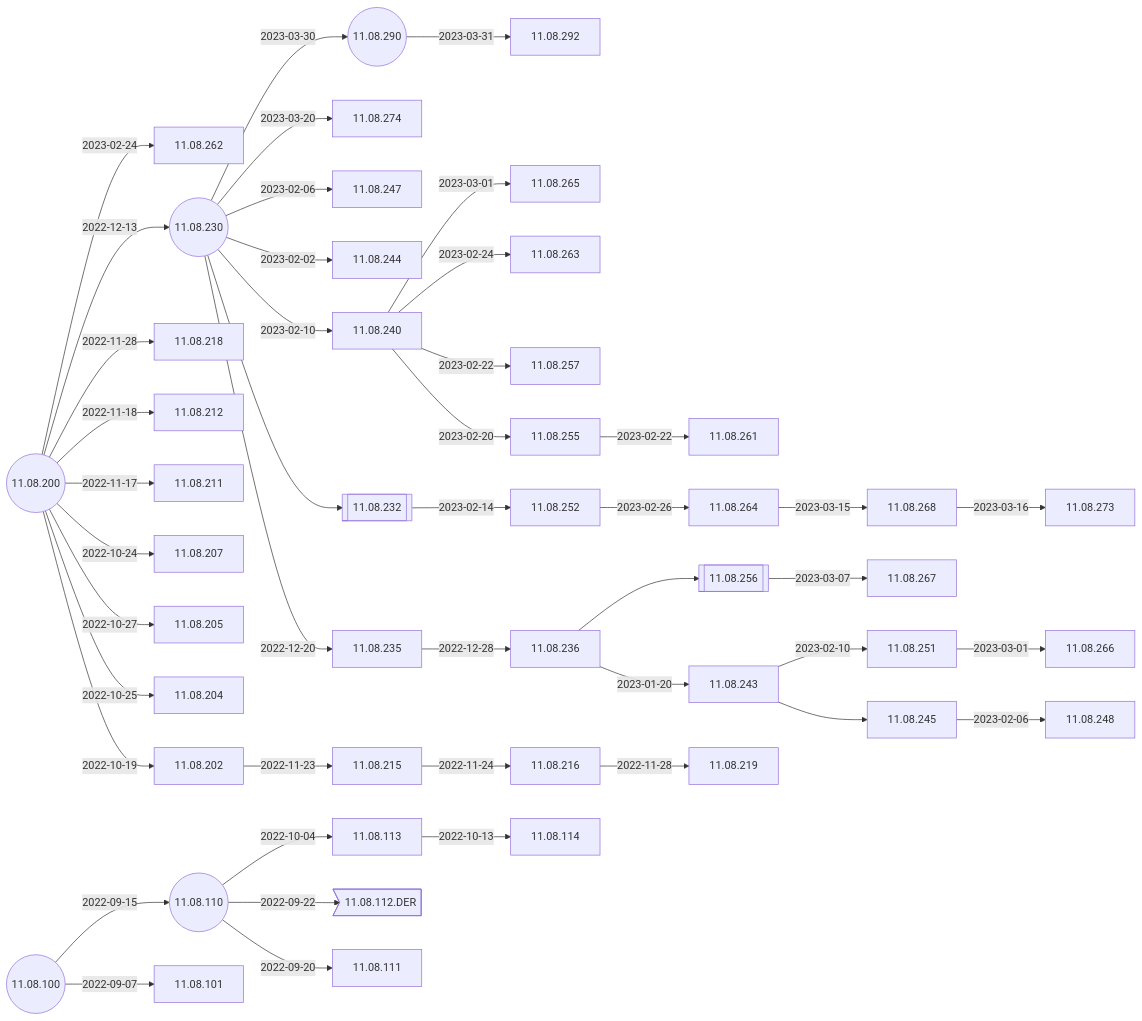
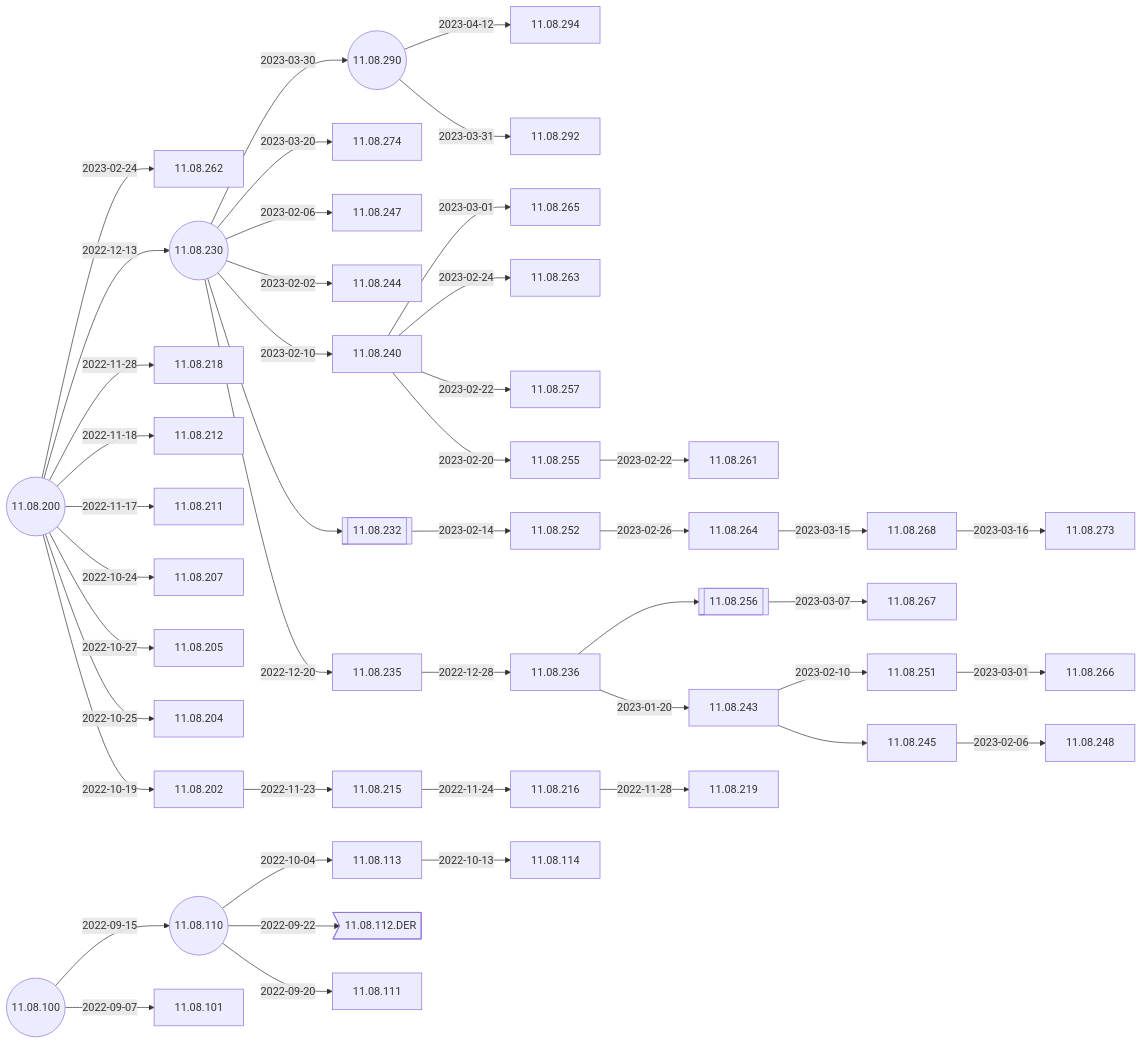
Before and after one commit to IGEL-Community/IGEL-Docs-v02: the second of 4 diagrams in docs/Docs/ReleaseNotes/01-OS11/README.md, drawn with Mermaid. The commit also changed 2 other files, not shown here.

Commit message:
11.08.294 <- 11.08.290

````diff
--- a/docs/Docs/ReleaseNotes/01-OS11/README.md
+++ b/docs/Docs/ReleaseNotes/01-OS11/README.md
@@ -39,65 +39,68 @@
 ```mermaid
 flowchart LR
+    11.08.290-- 2023-04-12 -->11.08.294
     11.08.290-- 2023-03-31 -->11.08.292
     11.08.230-- 2023-03-30 -->11.08.290((11.08.290))
     11.08.230-- 2023-03-20 -->11.08.274
     11.08.236-->11.08.256[[11.08.256]]-- 2023-03-07 -->11.08.267
     11.08.240-- 2023-03-01 -->11.08.265 
     11.08.252-- 2023-02-26 -->11.08.264-- 2023-03-15 -->11.08.268-- 2023-03-16 -->11.08.273
     11.08.200-- 2023-02-24 -->11.08.262
     11.08.243-- 2023-02-10 -->11.08.251-- 2023-03-01 -->11.08.266
     11.08.230-- 2023-02-06 -->11.08.247
     11.08.230-- 2023-02-02 -->11.08.244
     11.08.240-- 2023-02-24 -->11.08.263
     11.08.240-- 2023-02-22 -->11.08.257
     11.08.240-- 2023-02-20 -->11.08.255-- 2023-02-22 -->11.08.261
     11.08.230-- 2023-02-10 -->11.08.240
     11.08.230((11.08.230))-->11.08.232[[11.08.232]]-- 2023-02-14 -->11.08.252
     11.08.200-- 2022-12-13 -->11.08.230-- 2022-12-20 -->11.08.235-- 2022-12-28 -->11.08.236-- 2023-01-20 -->11.08.243-->11.08.245-- 2023-02-06 -->11.08.248
     11.08.200-- 2022-11-28 -->11.08.218
     11.08.200-- 2022-11-18 -->11.08.212
     11.08.200-- 2022-11-17 -->11.08.211
     11.08.200-- 2022-10-24 -->11.08.207
     11.08.200-- 2022-10-27 -->11.08.205
     11.08.200-- 2022-10-25 -->11.08.204
     11.08.200((11.08.200))-- 2022-10-19 -->11.08.202-- 2022-11-23 -->11.08.215-- 2022-11-24 -->11.08.216-- 2022-11-28 -->11.08.219
     11.08.110-- 2022-10-04 -->11.08.113-- 2022-10-13 -->11.08.114
     11.08.110((11.08.110))-- 2022-09-22 -->11.08.112.DER>11.08.112.DER]
     11.08.100-- 2022-09-15 -->11.08.110-- 2022-09-20 -->11.08.111
     11.08.100((11.08.100))-- 2022-09-07 -->11.08.101
+    click 11.08.294 "https://github.com/IGEL-Community/IGEL-Docs-v02/tree/main/docs/Docs/ReleaseNotes/01-OS11/readme11.08.294.txt" _blank
+    click 11.08.292 "https://github.com/IGEL-Community/IGEL-Docs-v02/tree/main/docs/Docs/ReleaseNotes/01-OS11/readme11.08.292.txt" _blank
     click 11.08.292 "https://github.com/IGEL-Community/IGEL-Docs-v02/tree/main/docs/Docs/ReleaseNotes/01-OS11/readme11.08.292.txt" _blank
     click 11.08.290 "https://github.com/IGEL-Community/IGEL-Docs-v02/tree/main/docs/Docs/ReleaseNotes/01-OS11/readme11.08.290.txt" _blank
     click 11.08.274 "https://github.com/IGEL-Community/IGEL-Docs-v02/tree/main/docs/Docs/ReleaseNotes/01-OS11/readme11.08.274.txt" _blank
     click 11.08.273 "https://github.com/IGEL-Community/IGEL-Docs-v02/tree/main/docs/Docs/ReleaseNotes/01-OS11/readme11.08.273.txt" _blank
     click 11.08.268 "https://github.com/IGEL-Community/IGEL-Docs-v02/tree/main/docs/Docs/ReleaseNotes/01-OS11/readme11.08.268.txt" _blank
     click 11.08.267 "https://github.com/IGEL-Community/IGEL-Docs-v02/tree/main/docs/Docs/ReleaseNotes/01-OS11/readme11.08.267.txt" _blank
     click 11.08.266 "https://github.com/IGEL-Community/IGEL-Docs-v02/tree/main/docs/Docs/ReleaseNotes/01-OS11/readme11.08.266.txt" _blank
     click 11.08.265 "https://github.com/IGEL-Community/IGEL-Docs-v02/tree/main/docs/Docs/ReleaseNotes/01-OS11/readme11.08.265.txt" _blank
     click 11.08.264 "https://github.com/IGEL-Community/IGEL-Docs-v02/tree/main/docs/Docs/ReleaseNotes/01-OS11/readme11.08.264.txt" _blank
     click 11.08.263 "https://github.com/IGEL-Community/IGEL-Docs-v02/tree/main/docs/Docs/ReleaseNotes/01-OS11/readme11.08.263.txt" _blank
     click 11.08.262 "https://github.com/IGEL-Community/IGEL-Docs-v02/tree/main/docs/Docs/ReleaseNotes/01-OS11/readme11.08.262.txt" _blank
     click 11.08.261 "https://github.com/IGEL-Community/IGEL-Docs-v02/tree/main/docs/Docs/ReleaseNotes/01-OS11/readme11.08.261.txt" _blank
     click 11.08.257 "https://github.com/IGEL-Community/IGEL-Docs-v02/tree/main/docs/Docs/ReleaseNotes/01-OS11/readme11.08.257.txt" _blank
     click 11.08.255 "https://github.com/IGEL-Community/IGEL-Docs-v02/tree/main/docs/Docs/ReleaseNotes/01-OS11/readme11.08.255.txt" _blank
     click 11.08.252 "https://github.com/IGEL-Community/IGEL-Docs-v02/tree/main/docs/Docs/ReleaseNotes/01-OS11/readme11.08.252.txt" _blank
     click 11.08.251 "https://github.com/IGEL-Community/IGEL-Docs-v02/tree/main/docs/Docs/ReleaseNotes/01-OS11/readme11.08.251.txt" _blank
     click 11.08.248 "https://github.com/IGEL-Community/IGEL-Docs-v02/tree/main/docs/Docs/ReleaseNotes/01-OS11/readme11.08.248.txt" _blank
     click 11.08.247 "https://github.com/IGEL-Community/IGEL-Docs-v02/tree/main/docs/Docs/ReleaseNotes/01-OS11/readme11.08.247.txt" _blank
     click 11.08.244 "https://github.com/IGEL-Community/IGEL-Docs-v02/tree/main/docs/Docs/ReleaseNotes/01-OS11/readme11.08.244.txt" _blank
     click 11.08.243 "https://github.com/IGEL-Community/IGEL-Docs-v02/tree/main/docs/Docs/ReleaseNotes/01-OS11/readme11.08.243.txt" _blank
     click 11.08.240 "https://github.com/IGEL-Community/IGEL-Docs-v02/tree/main/docs/Docs/ReleaseNotes/01-OS11/readme11.08.240.txt" _blank
     click 11.08.236 "https://github.com/IGEL-Community/IGEL-Docs-v02/tree/main/docs/Docs/ReleaseNotes/01-OS11/readme11.08.236.txt" _blank
     click 11.08.235 "https://github.com/IGEL-Community/IGEL-Docs-v02/tree/main/docs/Docs/ReleaseNotes/01-OS11/readme11.08.235.txt" _blank
     click 11.08.230 "https://github.com/IGEL-Community/IGEL-Docs-v02/tree/main/docs/Docs/ReleaseNotes/01-OS11/readme11.08.230.txt" _blank
     click 11.08.219 "https://github.com/IGEL-Community/IGEL-Docs-v02/tree/main/docs/Docs/ReleaseNotes/01-OS11/readme11.08.219.txt" _blank
     click 11.08.218 "https://github.com/IGEL-Community/IGEL-Docs-v02/tree/main/docs/Docs/ReleaseNotes/01-OS11/readme11.08.218.txt" _blank
     click 11.08.216 "https://github.com/IGEL-Community/IGEL-Docs-v02/tree/main/docs/Docs/ReleaseNotes/01-OS11/readme11.08.216.txt" _blank
     click 11.08.215 "https://github.com/IGEL-Community/IGEL-Docs-v02/tree/main/docs/Docs/ReleaseNotes/01-OS11/readme11.08.215.txt" _blank
     click 11.08.212 "https://github.com/IGEL-Community/IGEL-Docs-v02/tree/main/docs/Docs/ReleaseNotes/01-OS11/readme11.08.212.txt" _blank
     click 11.08.211 "https://github.com/IGEL-Community/IGEL-Docs-v02/tree/main/docs/Docs/ReleaseNotes/01-OS11/readme11.08.211.txt" _blank
     click 11.08.207 "https://github.com/IGEL-Community/IGEL-Docs-v02/tree/main/docs/Docs/ReleaseNotes/01-OS11/readme11.08.207.txt" _blank
     click 11.08.205 "https://github.com/IGEL-Community/IGEL-Docs-v02/tree/main/docs/Docs/ReleaseNotes/01-OS11/readme11.08.205.txt" _blank
     click 11.08.204 "https://github.com/IGEL-Community/IGEL-Docs-v02/tree/main/docs/Docs/ReleaseNotes/01-OS11/readme11.08.204.txt" _blank
     click 11.08.202 "https://github.com/IGEL-Community/IGEL-Docs-v02/tree/main/docs/Docs/ReleaseNotes/01-OS11/readme11.08.202.txt" _blank
     click 11.08.200 "https://github.com/IGEL-Community/IGEL-Docs-v02/tree/main/docs/Docs/ReleaseNotes/01-OS11/readme11.08.200.txt" _blank
 ```
````
